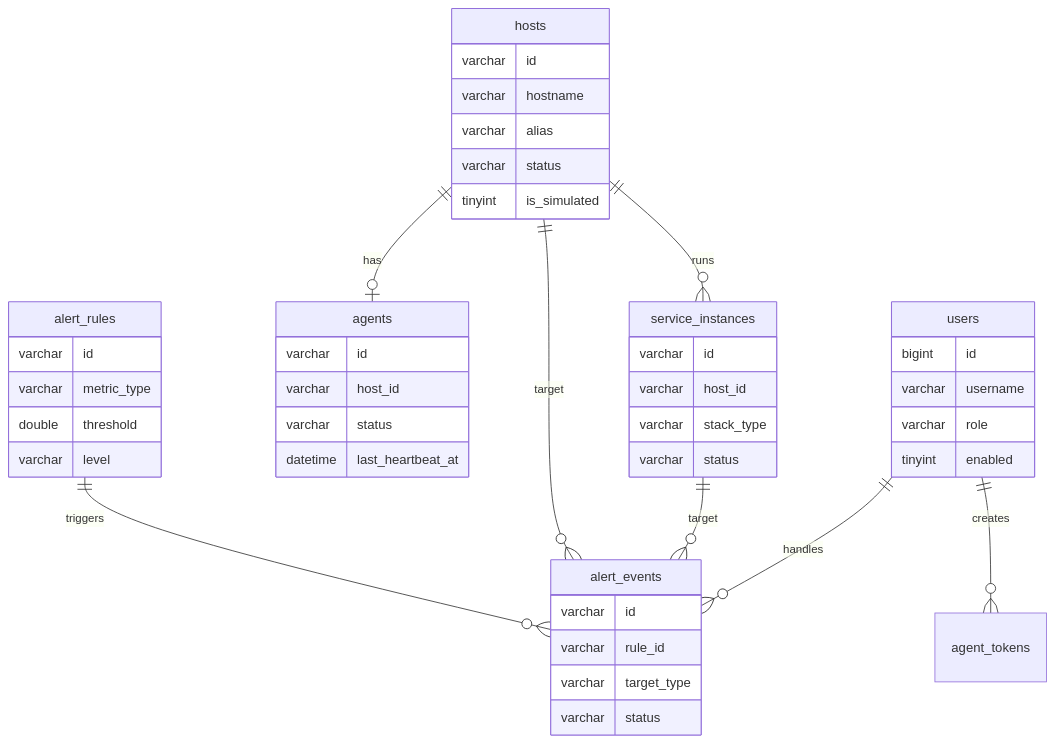
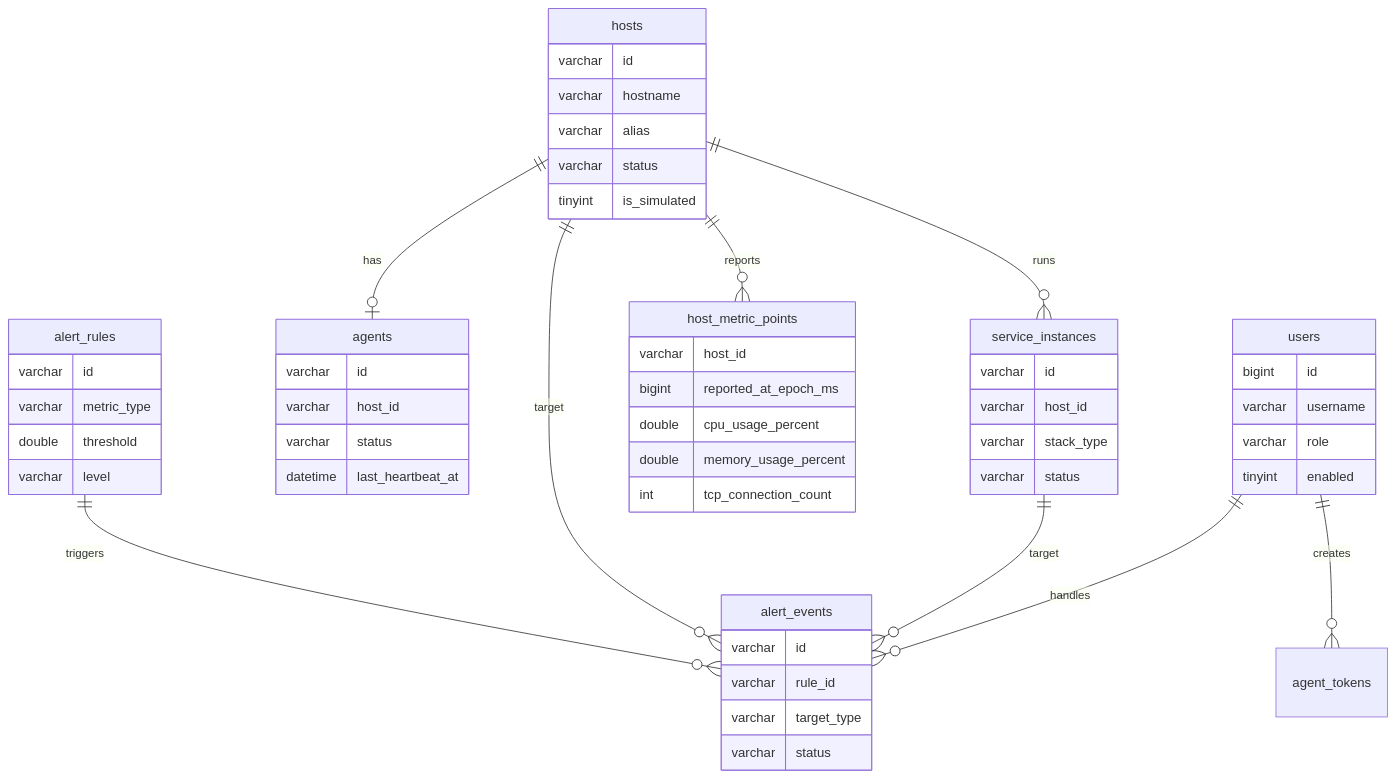
The second of 2 diagrams in docs/AegisMonitor/10-数据模型原型.md (qixing1227/AegisMonitor), drawn with Mermaid before and after one commit. The commit also changed other lines of this file and 31 other files, not shown here.

Commit message:
feat(metrics): add persistent history charts

````diff
--- a/docs/AegisMonitor/10-数据模型原型.md
+++ b/docs/AegisMonitor/10-数据模型原型.md
@@ -216,53 +231,62 @@
 ```mermaid
 erDiagram
     users ||--o{ agent_tokens : creates
     hosts ||--o| agents : has
     hosts ||--o{ service_instances : runs
+    hosts ||--o{ host_metric_points : reports
     alert_rules ||--o{ alert_events : triggers
     hosts ||--o{ alert_events : target
     service_instances ||--o{ alert_events : target
     users ||--o{ alert_events : handles
 
     users {
         bigint id
         varchar username
         varchar role
         tinyint enabled
     }
 
     agents {
         varchar id
         varchar host_id
         varchar status
         datetime last_heartbeat_at
     }
 
     hosts {
         varchar id
         varchar hostname
         varchar alias
         varchar status
         tinyint is_simulated
     }
 
     service_instances {
         varchar id
         varchar host_id
         varchar stack_type
         varchar status
     }
 
     alert_rules {
         varchar id
         varchar metric_type
         double threshold
         varchar level
     }
 
     alert_events {
         varchar id
         varchar rule_id
         varchar target_type
         varchar status
     }
+
+    host_metric_points {
+        varchar host_id
+        bigint reported_at_epoch_ms
+        double cpu_usage_percent
+        double memory_usage_percent
+        int tcp_connection_count
+    }
 ```
````
